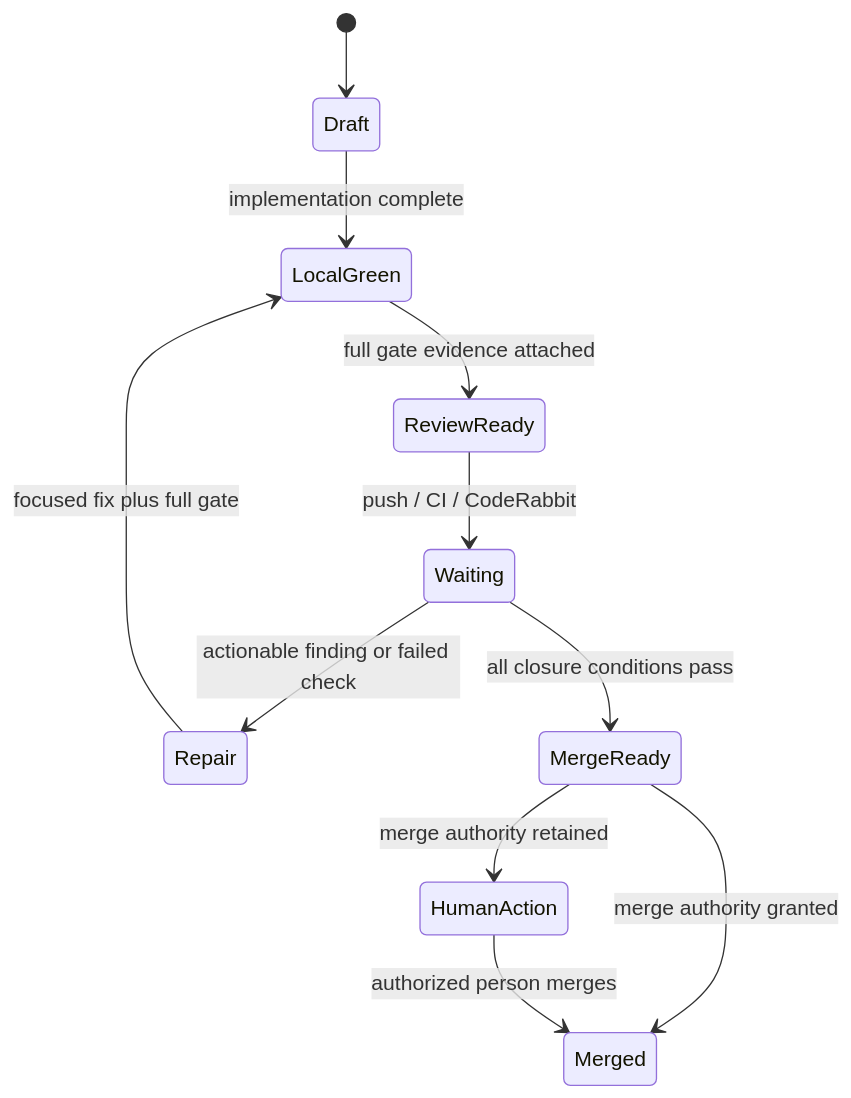
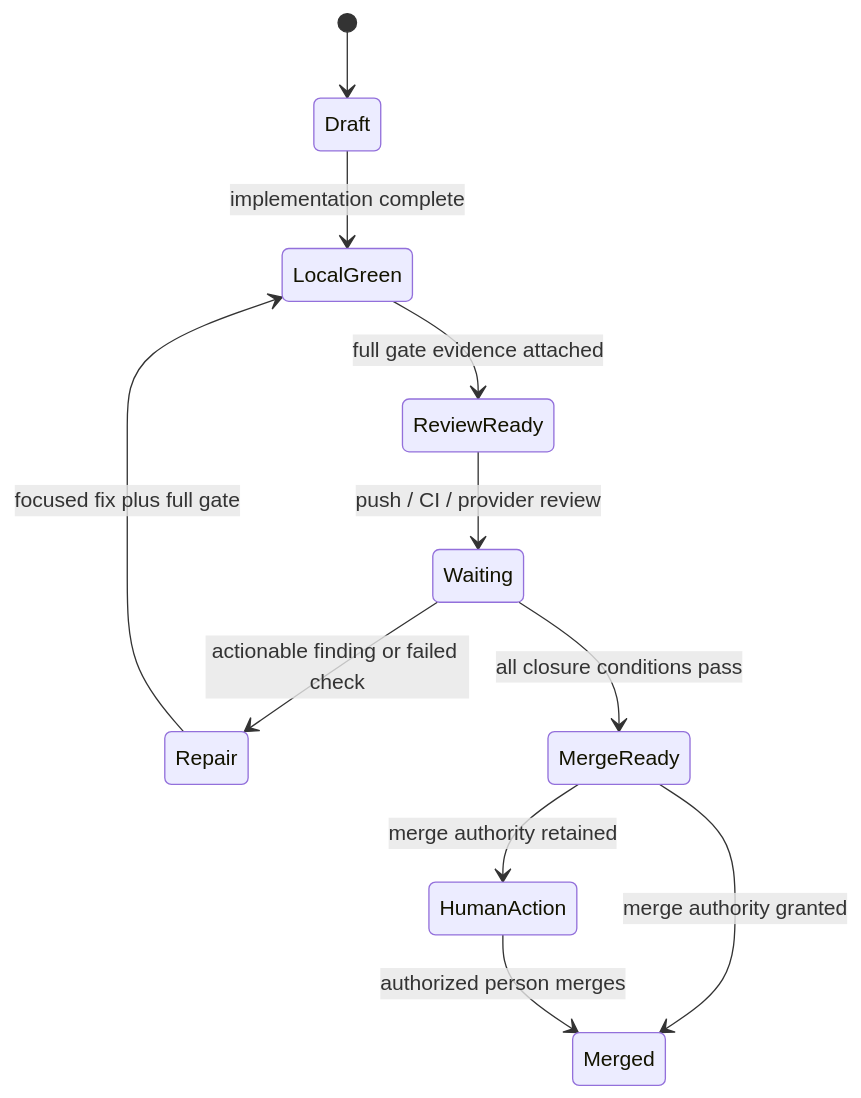
One commit to samtay32/ultimate-agent-stack changed the diagram in docs/GITHUB_LOOP.md. Above: the diagram before and after it, drawn with Mermaid. The commit also changed other lines of this file and 45 other files, not shown here.

````diff
--- a/docs/GITHUB_LOOP.md
+++ b/docs/GITHUB_LOOP.md
@@ -74,13 +85,13 @@
 ```mermaid
 stateDiagram-v2
     [*] --> Draft
     Draft --> LocalGreen: implementation complete
     LocalGreen --> ReviewReady: full gate evidence attached
-    ReviewReady --> Waiting: push / CI / CodeRabbit
+    ReviewReady --> Waiting: push / CI / provider review
     Waiting --> Repair: actionable finding or failed check
     Repair --> LocalGreen: focused fix plus full gate
     Waiting --> MergeReady: all closure conditions pass
     MergeReady --> Merged: merge authority granted
     MergeReady --> HumanAction: merge authority retained
     HumanAction --> Merged: authorized person merges
 ```
````
